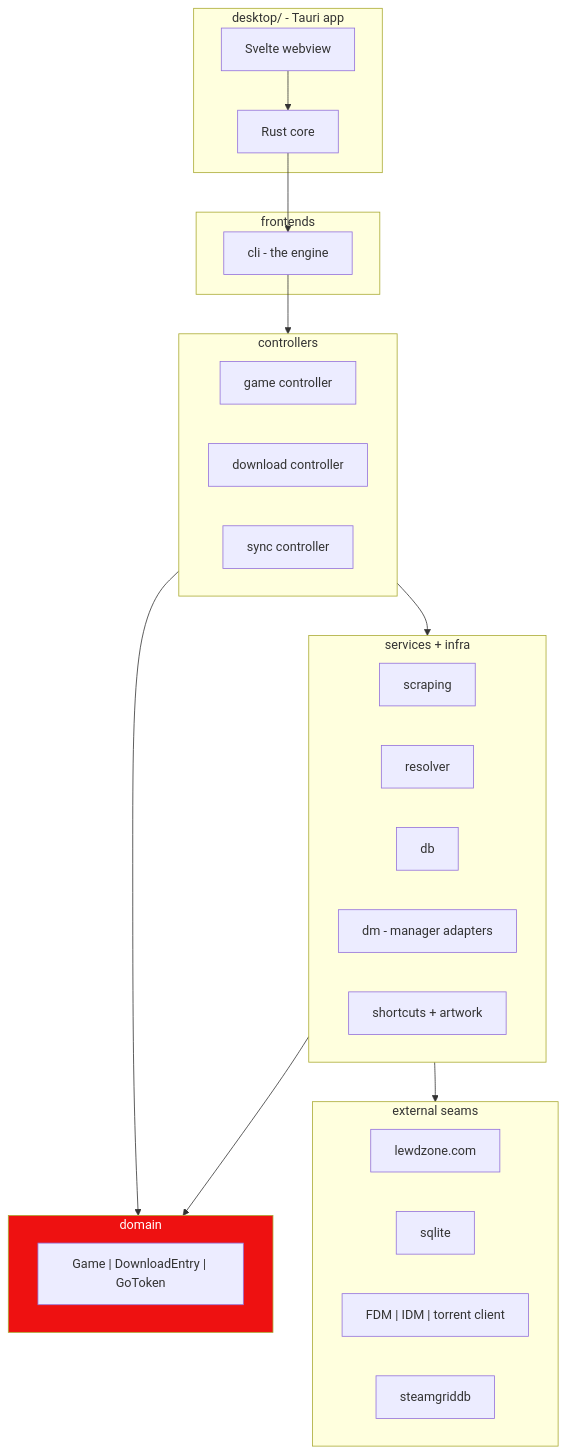
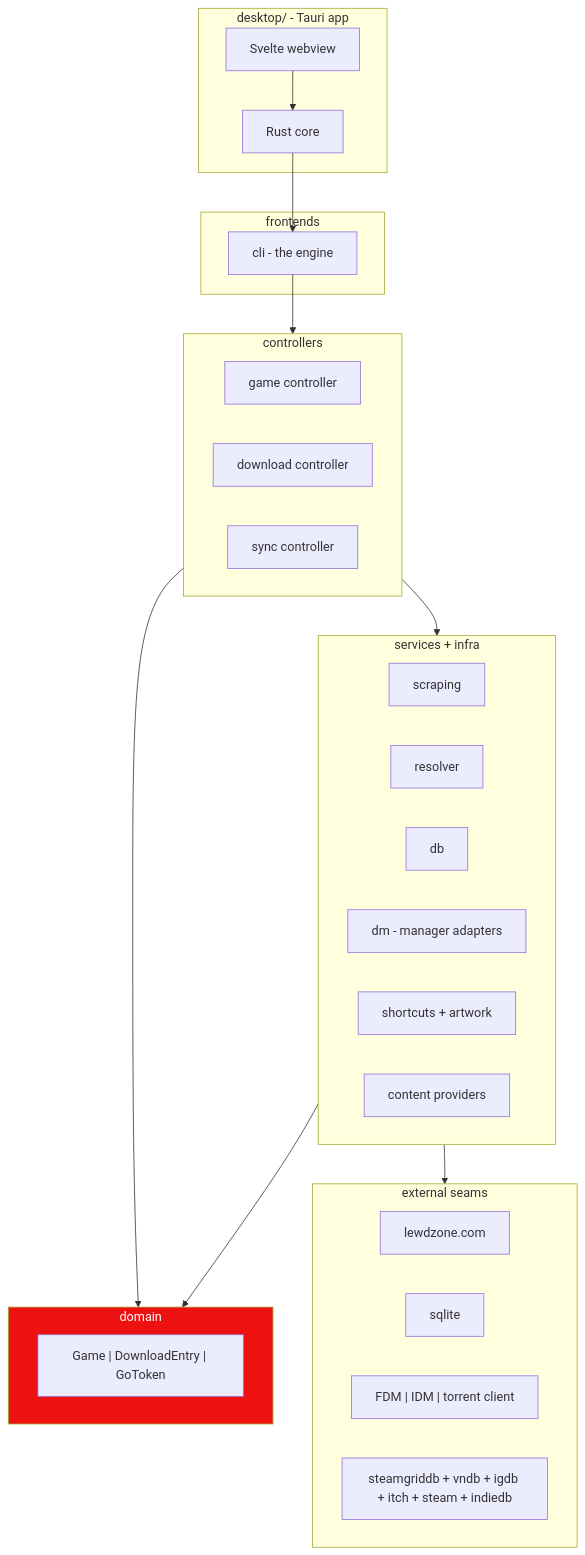
Before and after one commit to HELIX-Origin/LewdZone-Launcher: the diagram in .agents/rules/rule-03-module-architecture.md, drawn with Mermaid. The commit also changed other lines of this file and 24 other files, not shown here.

````diff
--- a/.agents/rules/rule-03-module-architecture.md
+++ b/.agents/rules/rule-03-module-architecture.md
@@ -32,39 +32,40 @@
 ```mermaid
 flowchart TD
     subgraph APP["desktop/ - Tauri app"]
         A1["Rust core"]
         A2["Svelte webview"]
     end
     subgraph FE["frontends"]
         CLI["cli - the engine"]
     end
     subgraph CT["controllers"]
         C1["game controller"]
         C2["download controller"]
         C3["sync controller"]
     end
     subgraph DM["domain"]
         D1["Game | DownloadEntry | GoToken"]
     end
     subgraph SV["services + infra"]
         S1["scraping"]
         S2["resolver"]
         S3["db"]
         S4["dm - manager adapters"]
         S5["shortcuts + artwork"]
+        S6["content providers"]
     end
     subgraph EX["external seams"]
         E1["lewdzone.com"]
         E2["sqlite"]
         E3["FDM | IDM | torrent client"]
-        E4["steamgriddb"]
+        E4["steamgriddb + vndb + igdb + itch + steam + indiedb"]
     end
     A1 --> CLI
     A2 --> A1
     CLI --> CT
     CT --> DM
     CT --> SV
     SV --> DM
     SV --> EX
     style DM fill:#e11,color:#fff
 ```
````
